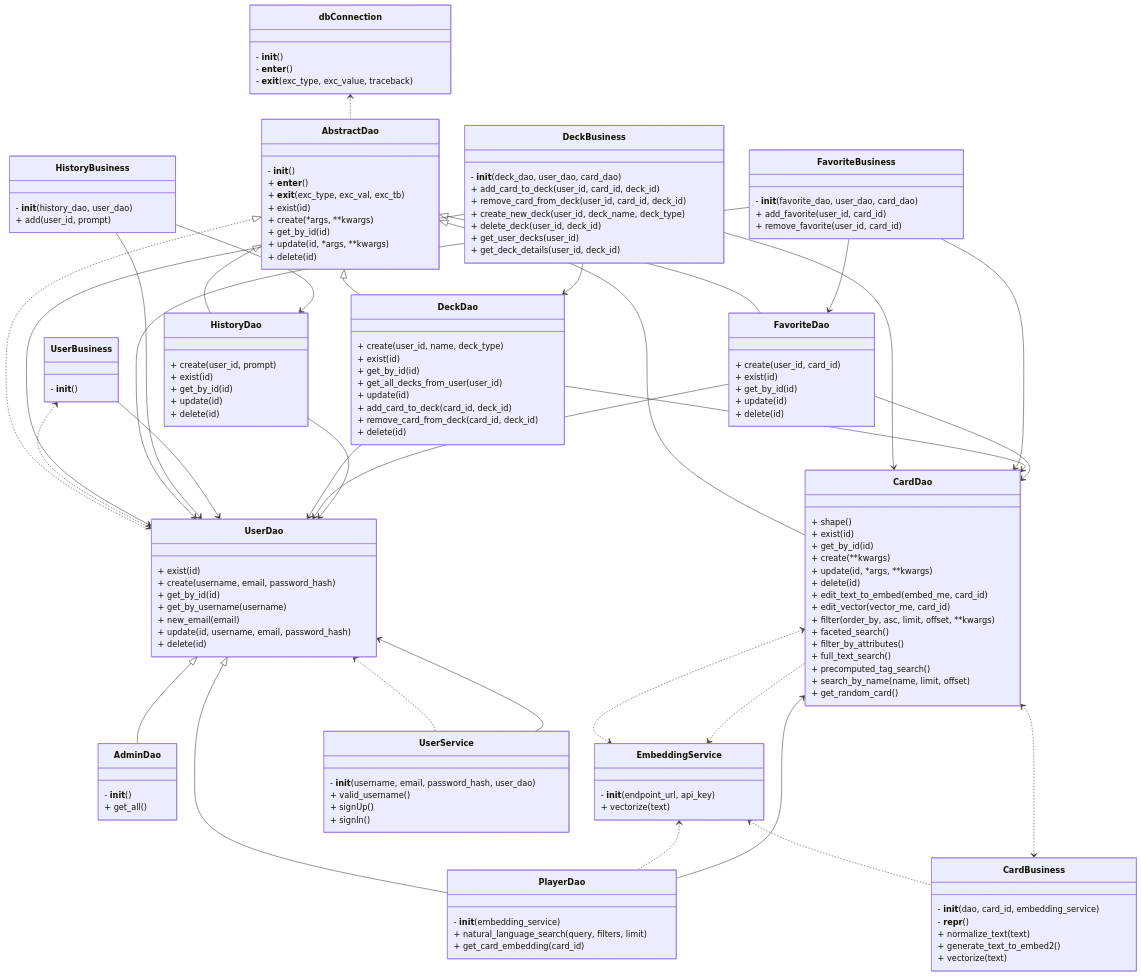
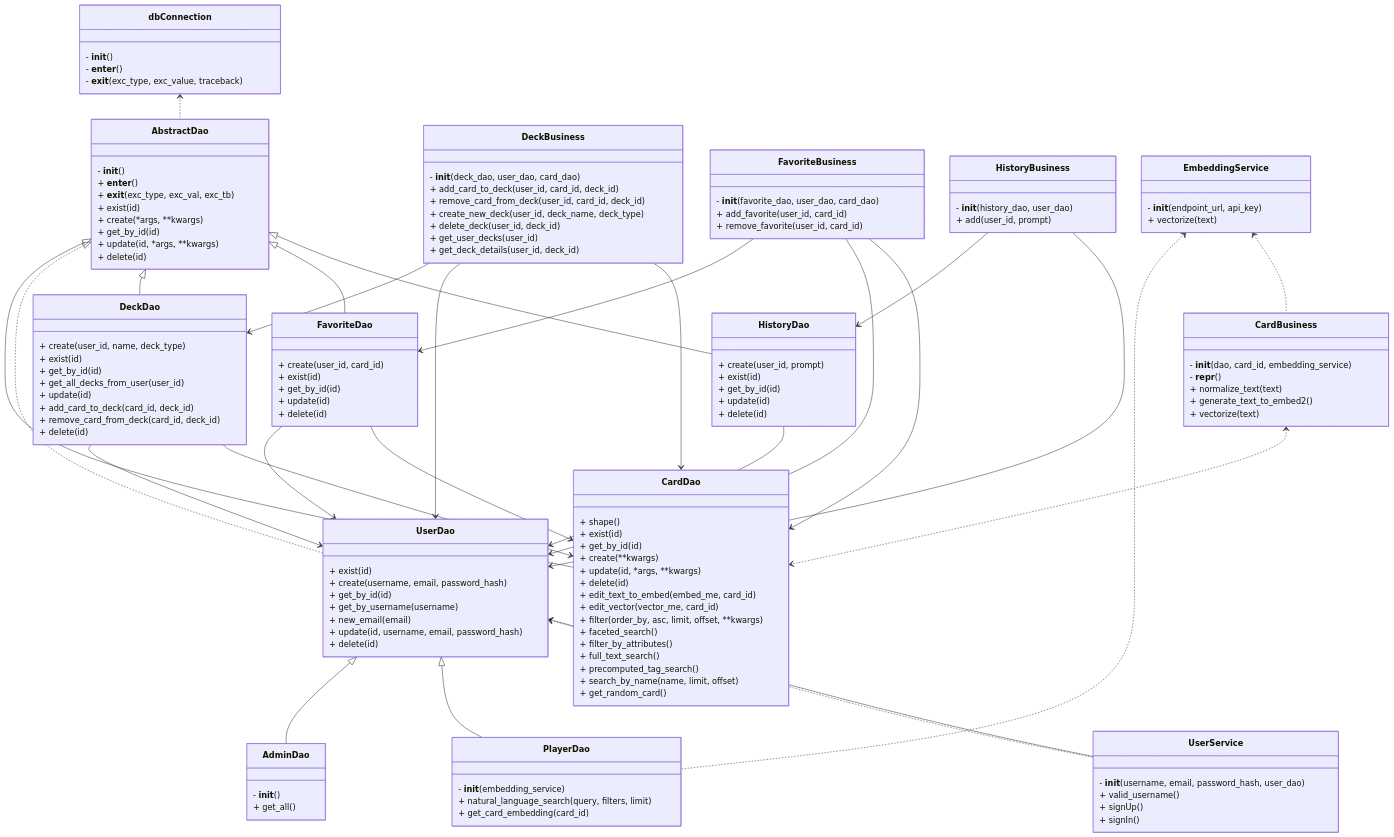
Before and after one commit to projet-info-2A-ensai-grp4/MagicSearch-2A: the diagram in doc/diagrams/class_diagram.md, drawn with Mermaid.

Commit message:
slight change in the class diagram

````diff
--- a/doc/diagrams/class_diagram.md
+++ b/doc/diagrams/class_diagram.md
@@ -109,9 +109,6 @@
         + add(user_id, prompt)
     }
 
-    class UserBusiness{
-        - __init__()
-    }
 
 %% === Service Layer ===
     class EmbeddingService{
@@ -142,7 +139,6 @@
 AbstractDao <|-- CardDao
 dbConnection <.. AbstractDao
 AbstractDao <|.. UserDao
-UserBusiness <..> UserDao
 UserDao <.. UserService
 AbstractDao <|-- DeckDao
 AbstractDao <|-- FavoriteDao
@@ -158,10 +154,6 @@
 HistoryBusiness --> HistoryDao
 HistoryBusiness --> UserDao
 
-PlayerDao --> CardDao
-CardDao <..> EmbeddingService
-
-UserBusiness --> UserDao
 UserService --> UserDao
 DeckDao --> UserDao
 DeckDao --> CardDao
@@ -169,6 +161,4 @@
 FavoriteDao --> CardDao
 HistoryDao --> UserDao
 
-EmbeddingService <.. CardDao
-
 ```
````
